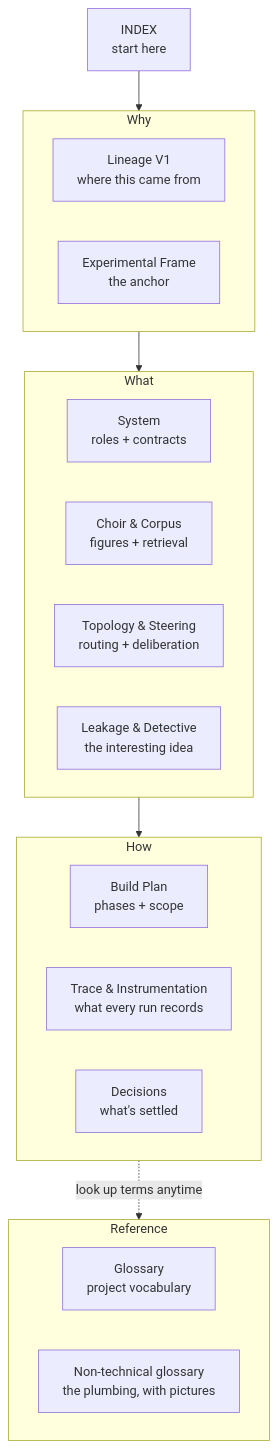
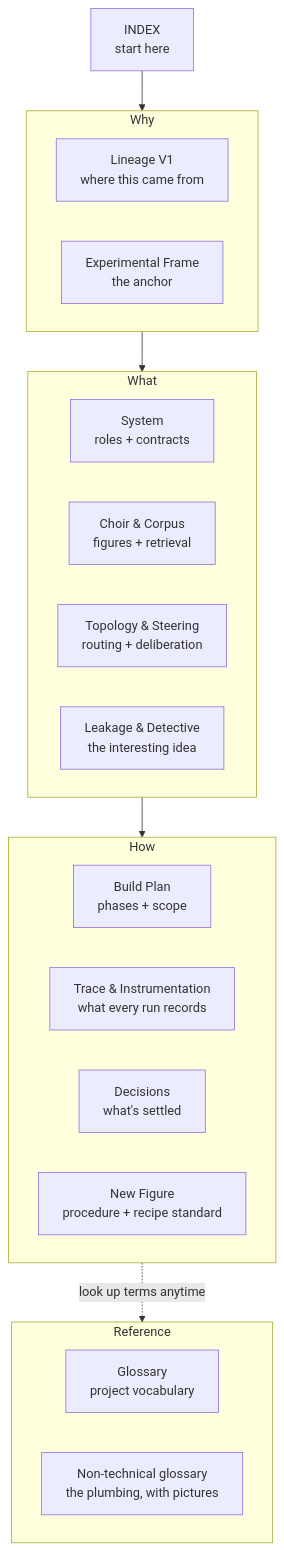
One commit to a-j-rz/agent-choir-studio-2 changed the diagram in docs/AGENT_CHOIR_V2_INDEX.md. Above: the diagram before and after it, drawn with Mermaid. The commit also changed other lines of this file and 5 other files, not shown here.

First line of the commit message:
T docs: new-figure procedure and recipe standard; T recorded as done

````diff
--- a/docs/AGENT_CHOIR_V2_INDEX.md
+++ b/docs/AGENT_CHOIR_V2_INDEX.md
@@ -80,29 +81,30 @@
 ```mermaid
 flowchart TD
     I["INDEX<br/>start here"] --> WHY
     subgraph WHY["Why"]
         direction LR
         L["Lineage V1<br/>where this came from"]
         F["Experimental Frame<br/>the anchor"]
     end
     subgraph WHAT["What"]
         direction LR
         S["System<br/>roles + contracts"]
         C["Choir & Corpus<br/>figures + retrieval"]
         T["Topology & Steering<br/>routing + deliberation"]
         D["Leakage & Detective<br/>the interesting idea"]
     end
     subgraph HOW["How"]
         direction LR
         B["Build Plan<br/>phases + scope"]
         R["Trace & Instrumentation<br/>what every run records"]
         DE["Decisions<br/>what's settled"]
+        NF["New Figure<br/>procedure + recipe standard"]
     end
     subgraph REF["Reference"]
         direction LR
         G["Glossary<br/>project vocabulary"]
         GN["Non-technical glossary<br/>the plumbing, with pictures"]
     end
     WHY --> WHAT --> HOW
     HOW -.->|"look up terms anytime"| REF
 ```
````
